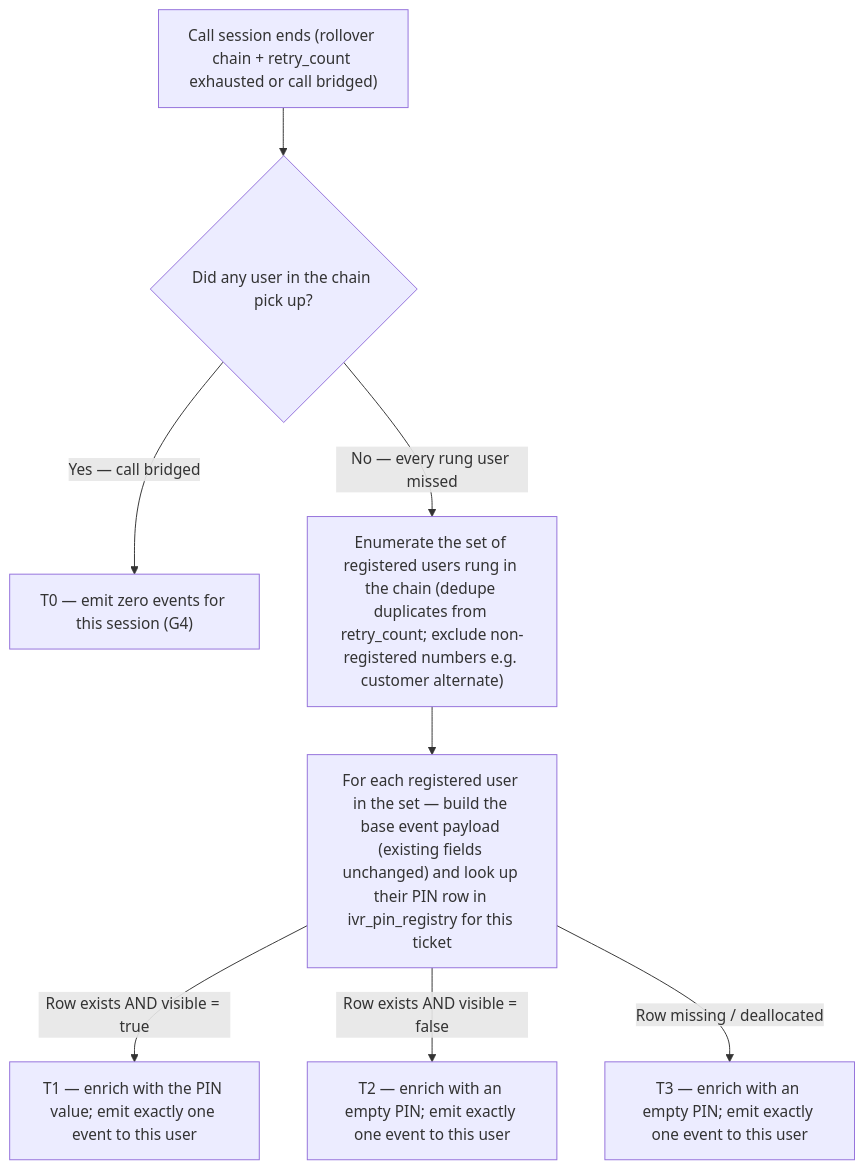
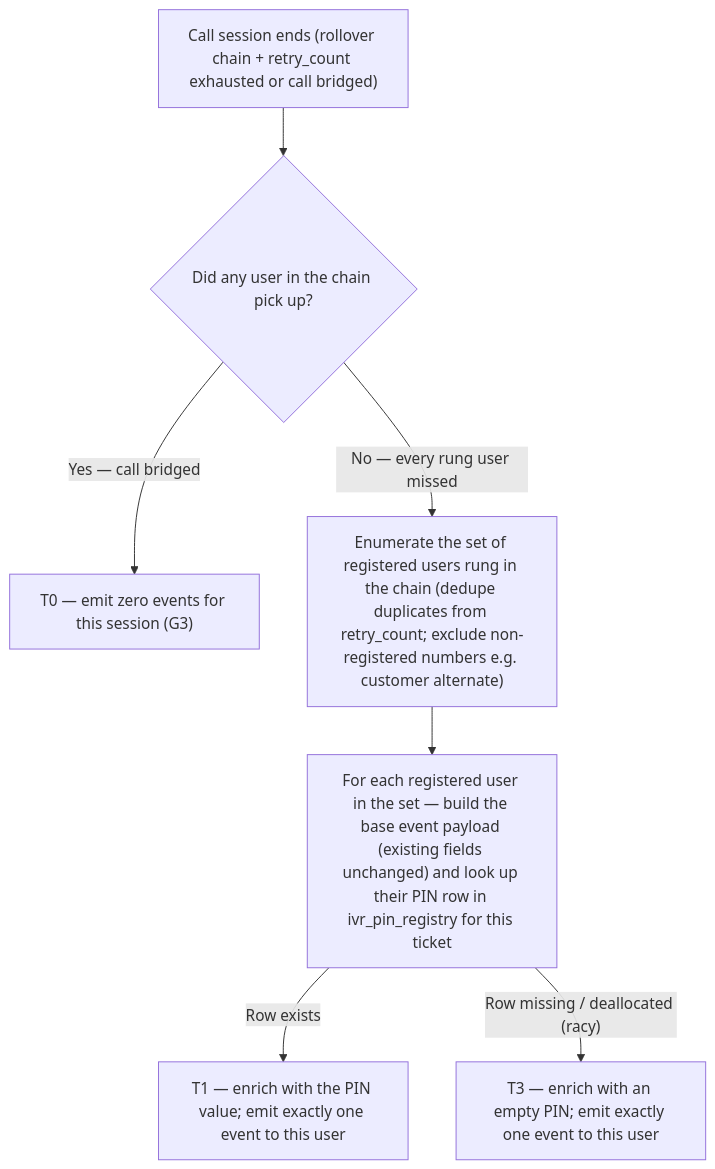
One commit to ashish-raj-wiom/ivr-missed-call-alert-pin-prd changed the diagram in IVR_Missed_Call_Alert_PIN_PRD.md. Above: the diagram before and after it, drawn with Mermaid. The commit also changed other lines of this file, not shown here.

````diff
--- a/IVR_Missed_Call_Alert_PIN_PRD.md
+++ b/IVR_Missed_Call_Alert_PIN_PRD.md
@@ -61,10 +62,9 @@
 ```mermaid
 flowchart TD
     A["Call session ends (rollover chain + retry_count exhausted or call bridged)"] --> B{"Did any user in the chain pick up?"}
-    B -- "Yes — call bridged" --> Z["T0 — emit zero events for this session (G4)"]
+    B -- "Yes — call bridged" --> Z["T0 — emit zero events for this session (G3)"]
     B -- "No — every rung user missed" --> C["Enumerate the set of registered users rung in the chain (dedupe duplicates from retry_count; exclude non-registered numbers e.g. customer alternate)"]
     C --> D["For each registered user in the set — build the base event payload (existing fields unchanged) and look up their PIN row in ivr_pin_registry for this ticket"]
-    D -- "Row exists AND visible = true" --> E["T1 — enrich with the PIN value; emit exactly one event to this user"]
-    D -- "Row exists AND visible = false" --> F["T2 — enrich with an empty PIN; emit exactly one event to this user"]
-    D -- "Row missing / deallocated" --> G["T3 — enrich with an empty PIN; emit exactly one event to this user"]
+    D -- "Row exists" --> E["T1 — enrich with the PIN value; emit exactly one event to this user"]
+    D -- "Row missing / deallocated (racy)" --> G["T3 — enrich with an empty PIN; emit exactly one event to this user"]
 ```
````
